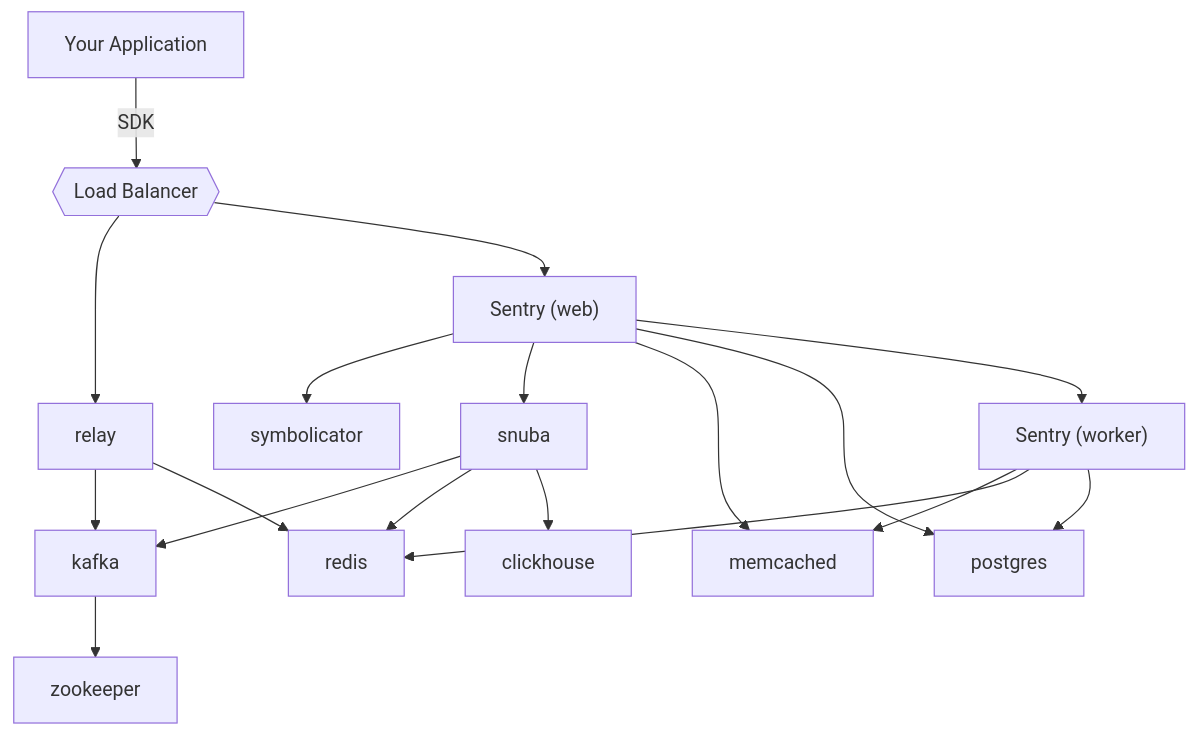
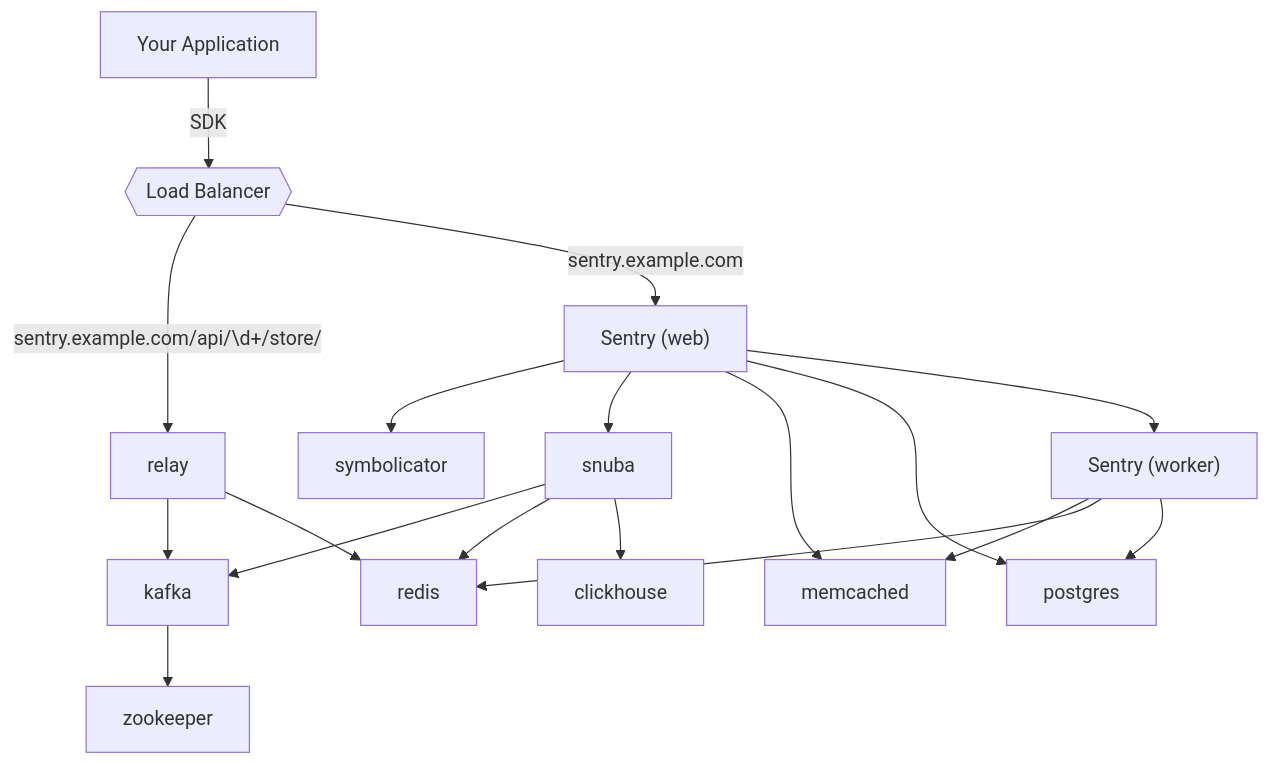
One commit to getsentry/sentry-docs changed the diagram in develop-docs/architecture.mdx. Above: the diagram before and after it, drawn with Mermaid.

Commit message:
Label routing endpoints (#77)

````diff
--- a/develop-docs/architecture.mdx
+++ b/develop-docs/architecture.mdx
@@ -7,23 +7,23 @@
 ```mermaid
 graph TD
 app[Your Application] --> |SDK| lb{{Load Balancer}}
-lb --> relay
-lb --> sentry_web["Sentry (web)"]
+lb --> |"sentry.example.com/api/\d+/store/"| relay
+lb --> |"sentry.example.com"| sentry_web["Sentry (web)"]
 relay --> kafka
 relay --> redis
 sentry_web --> symbolicator
 sentry_web --> snuba
 sentry_web --> memcached
 sentry_web --> postgres
 snuba --> kafka
 snuba --> redis
 snuba --> clickhouse
 kafka --> zookeeper
 sentry_web --> sentry_worker["Sentry (worker)"]
 sentry_worker --> memcached
 sentry_worker --> redis
 sentry_worker --> postgres
 
 click snuba "https://github.com/getsentry/snuba" "Snuba Documentation"
 click relay "https://github.com/getsentry/relay" "Relay Documentation"
 ```
````
